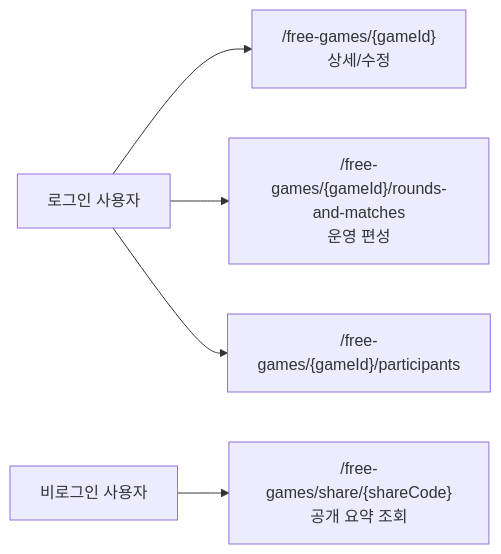
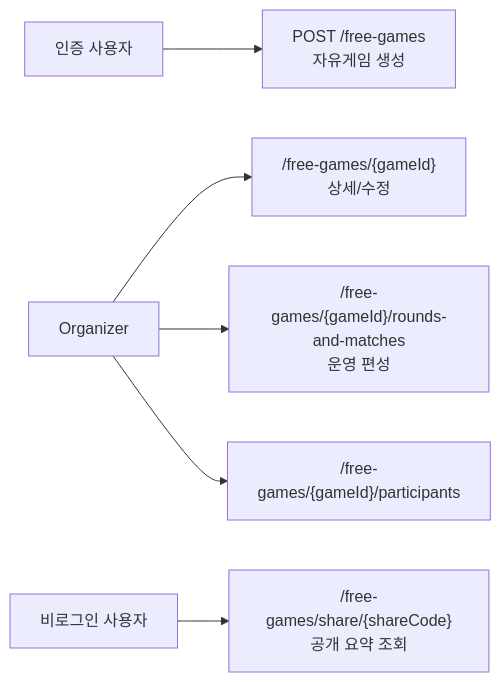
The third of 3 diagrams in posts/projects/rally-on/2-architecture.md (Gumraze-git/devlog), drawn with Mermaid before and after one commit. The commit also changed other lines of this file and 7 other files, not shown here.

````diff
--- a/posts/projects/rally-on/2-architecture.md
+++ b/posts/projects/rally-on/2-architecture.md
@@ -57,7 +62,8 @@
 ```mermaid
 flowchart LR
-  AuthUser["로그인 사용자"] --> Manage["/free-games/{gameId}<br/>상세/수정"]
-  AuthUser --> Schedule["/free-games/{gameId}/rounds-and-matches<br/>운영 편성"]
-  AuthUser --> Participants["/free-games/{gameId}/participants"]
+  AuthUser["인증 사용자"] --> Create["POST /free-games<br/>자유게임 생성"]
+  Organizer["Organizer"] --> Manage["/free-games/{gameId}<br/>상세/수정"]
+  Organizer --> Schedule["/free-games/{gameId}/rounds-and-matches<br/>운영 편성"]
+  Organizer --> Participants["/free-games/{gameId}/participants"]
   PublicUser["비로그인 사용자"] --> Share["/free-games/share/{shareCode}<br/>공개 요약 조회"]
 ```
````
